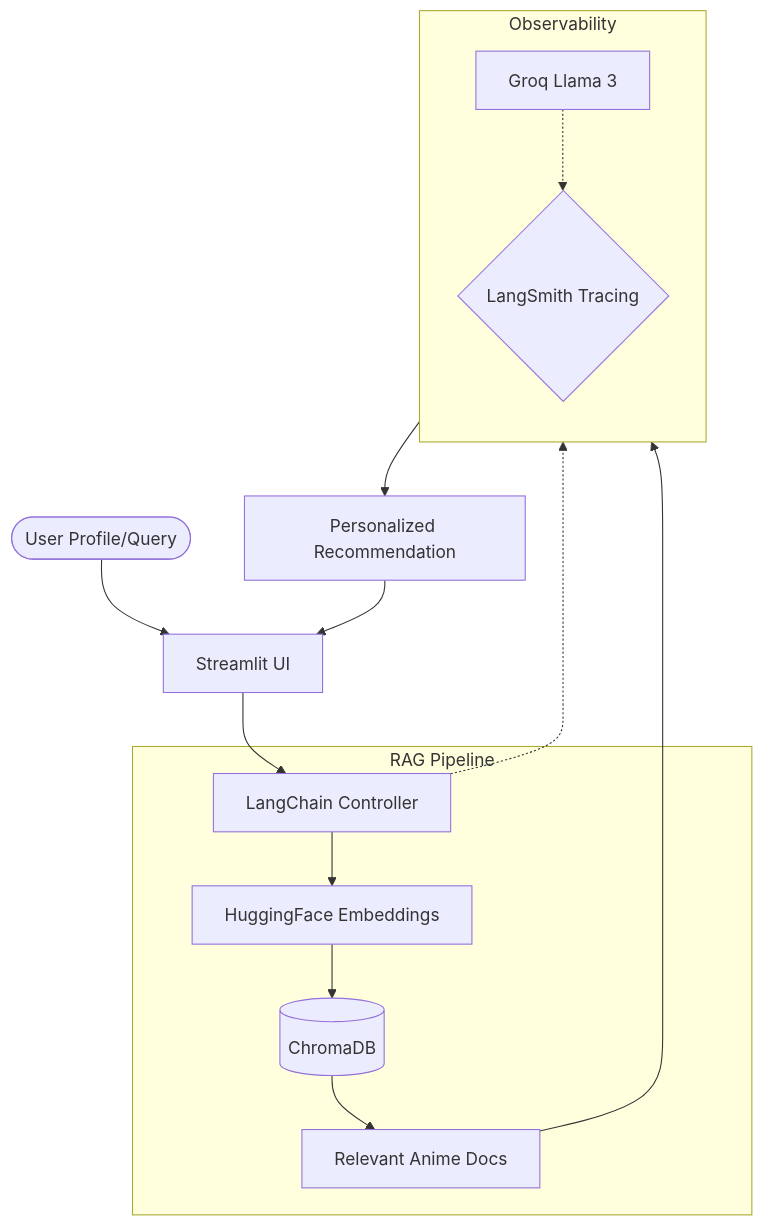
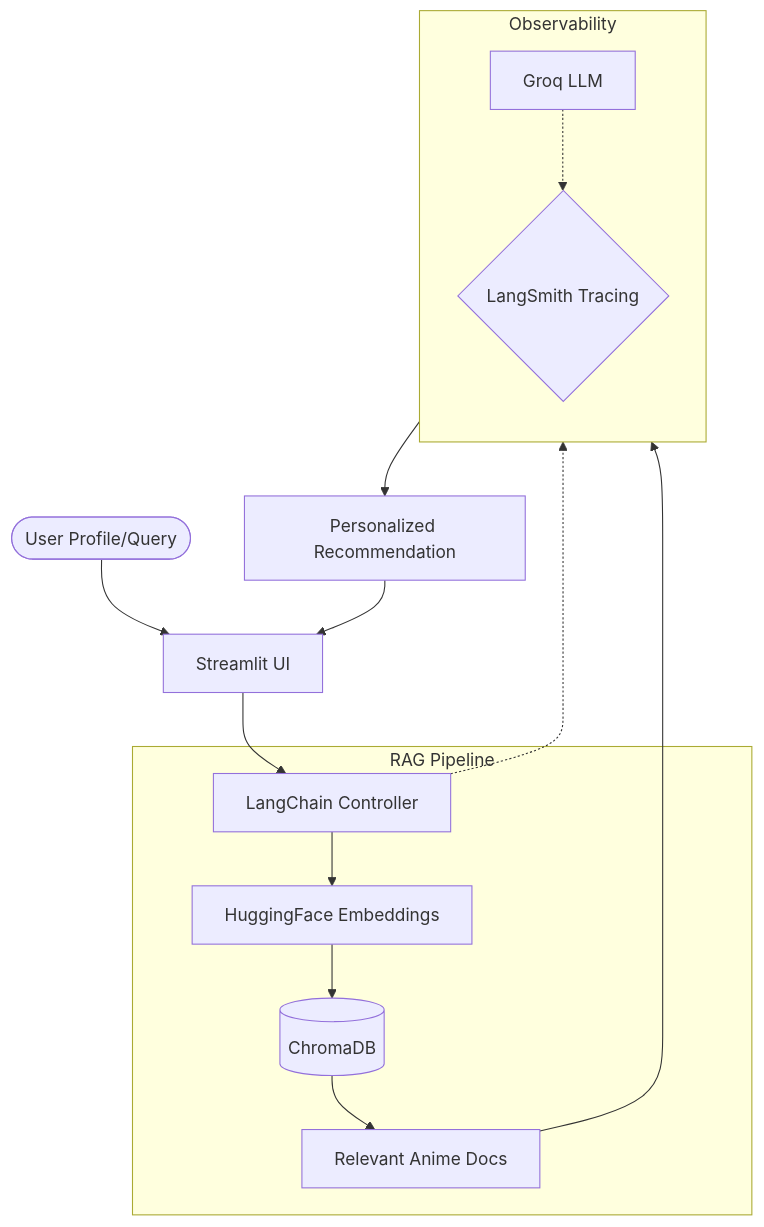
Before and after one commit to RANDOMMBEING/Anime-Recommend-AI: the first of 3 diagrams in README.md, drawn with Mermaid. The commit also changed other lines of this file, not shown here.

````diff
--- a/README.md
+++ b/README.md
@@ -34,21 +31,21 @@
 ```mermaid
 graph TD
     User([User Profile/Query]) --> Streamlit[Streamlit UI]
     Streamlit --> Controller[LangChain Controller]
     
     subgraph RAG Pipeline
         Controller --> Embed[HuggingFace Embeddings]
         Embed --> VectorStore[(ChromaDB)]
         VectorStore --> Docs[Relevant Anime Docs]
     end
     
-    Docs --> Groq[Groq Llama 3]
+    Docs --> Groq[Groq LLM]
     Groq --> Response[Personalized Recommendation]
     Response --> Streamlit
     
     subgraph Observability
     direction TB
         Controller -.-> LangSmith{LangSmith Tracing}
         Groq -.-> LangSmith
     end
 ```
````
